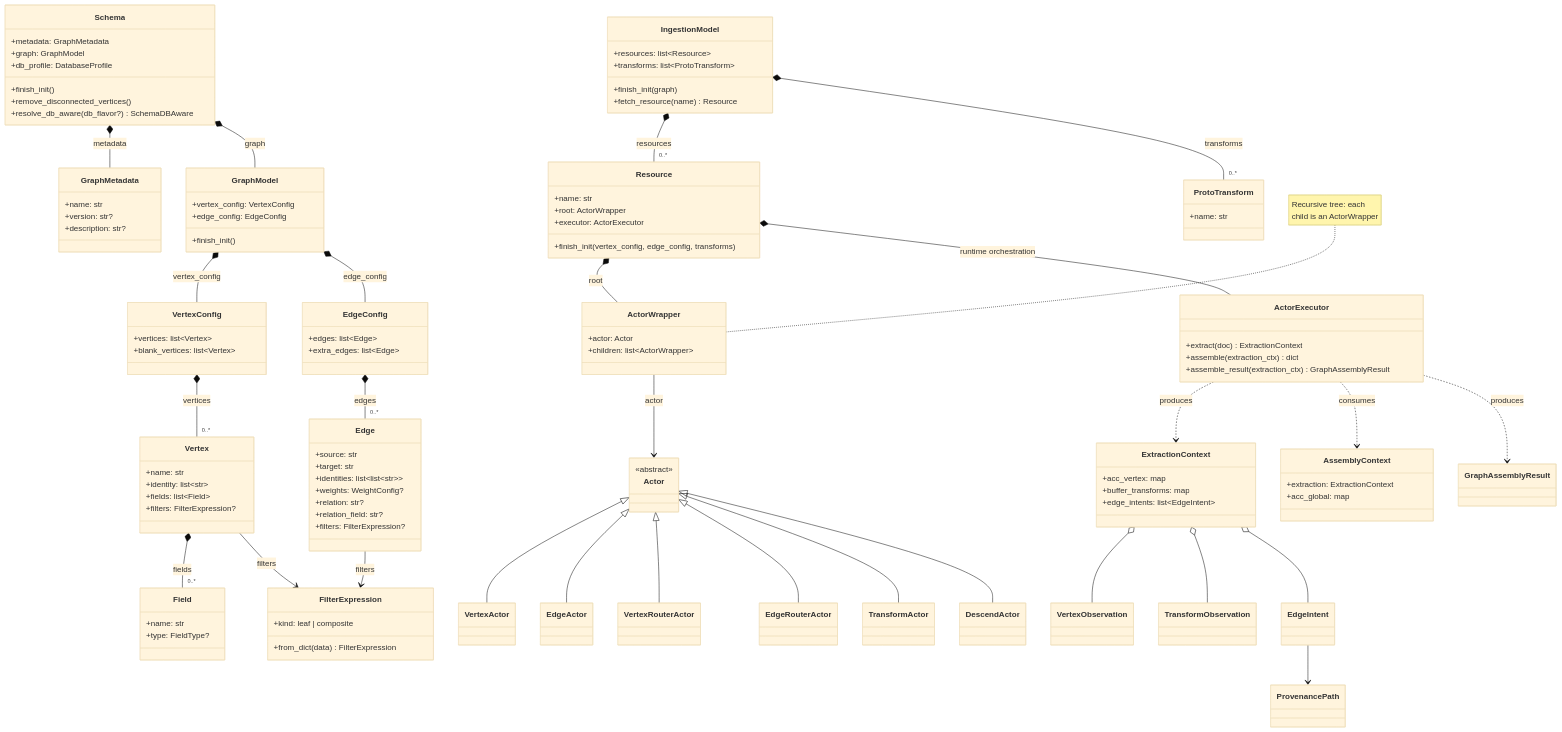
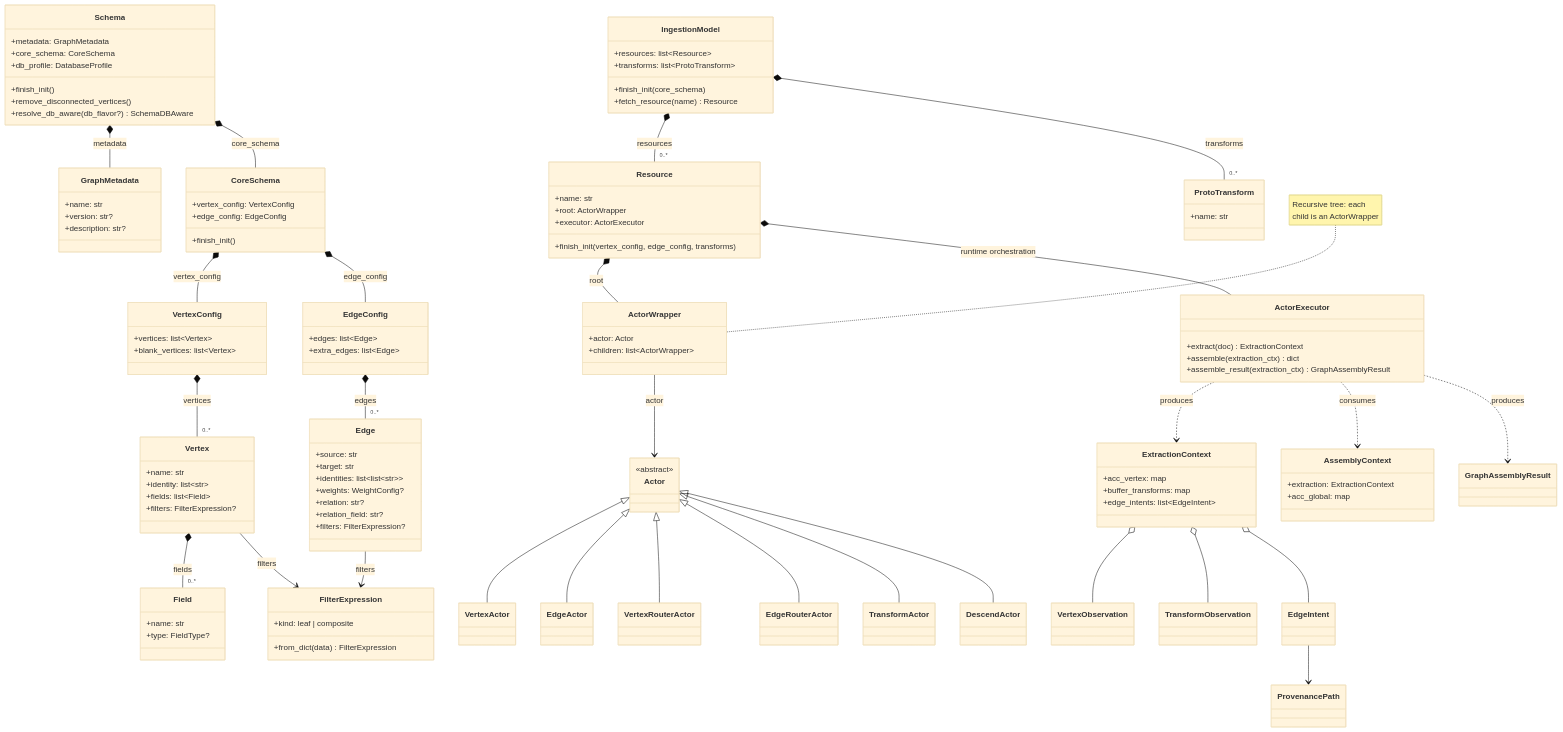
Before and after one commit to StevenBtw/graflo: the fourth of 8 diagrams in docs/concepts/index.md, drawn with Mermaid (base theme). The commit also changed other lines of this file and 230 other files, not shown here.

```diff
--- a/docs/concepts/index.md
+++ b/docs/concepts/index.md
@@ -206,14 +206,14 @@
 
     class Schema {
         +metadata: GraphMetadata
-        +graph: GraphModel
+        +core_schema: CoreSchema
         +db_profile: DatabaseProfile
         +finish_init()
         +remove_disconnected_vertices()
         +resolve_db_aware(db_flavor?) SchemaDBAware
     }
 
-    class GraphModel {
+    class CoreSchema {
         +vertex_config: VertexConfig
         +edge_config: EdgeConfig
         +finish_init()
@@ -222,7 +222,7 @@
     class IngestionModel {
         +resources: list~Resource~
         +transforms: list~ProtoTransform~
-        +finish_init(graph)
+        +finish_init(core_schema)
         +fetch_resource(name) Resource
     }
 
@@ -320,9 +320,9 @@
     }
 
     Schema *-- GraphMetadata : metadata
-    Schema *-- GraphModel : graph
-    GraphModel *-- VertexConfig : vertex_config
-    GraphModel *-- EdgeConfig : edge_config
+    Schema *-- CoreSchema : core_schema
+    CoreSchema *-- VertexConfig : vertex_config
+    CoreSchema *-- EdgeConfig : edge_config
     IngestionModel *-- "0..*" Resource : resources
     IngestionModel *-- "0..*" ProtoTransform : transforms
 
```
